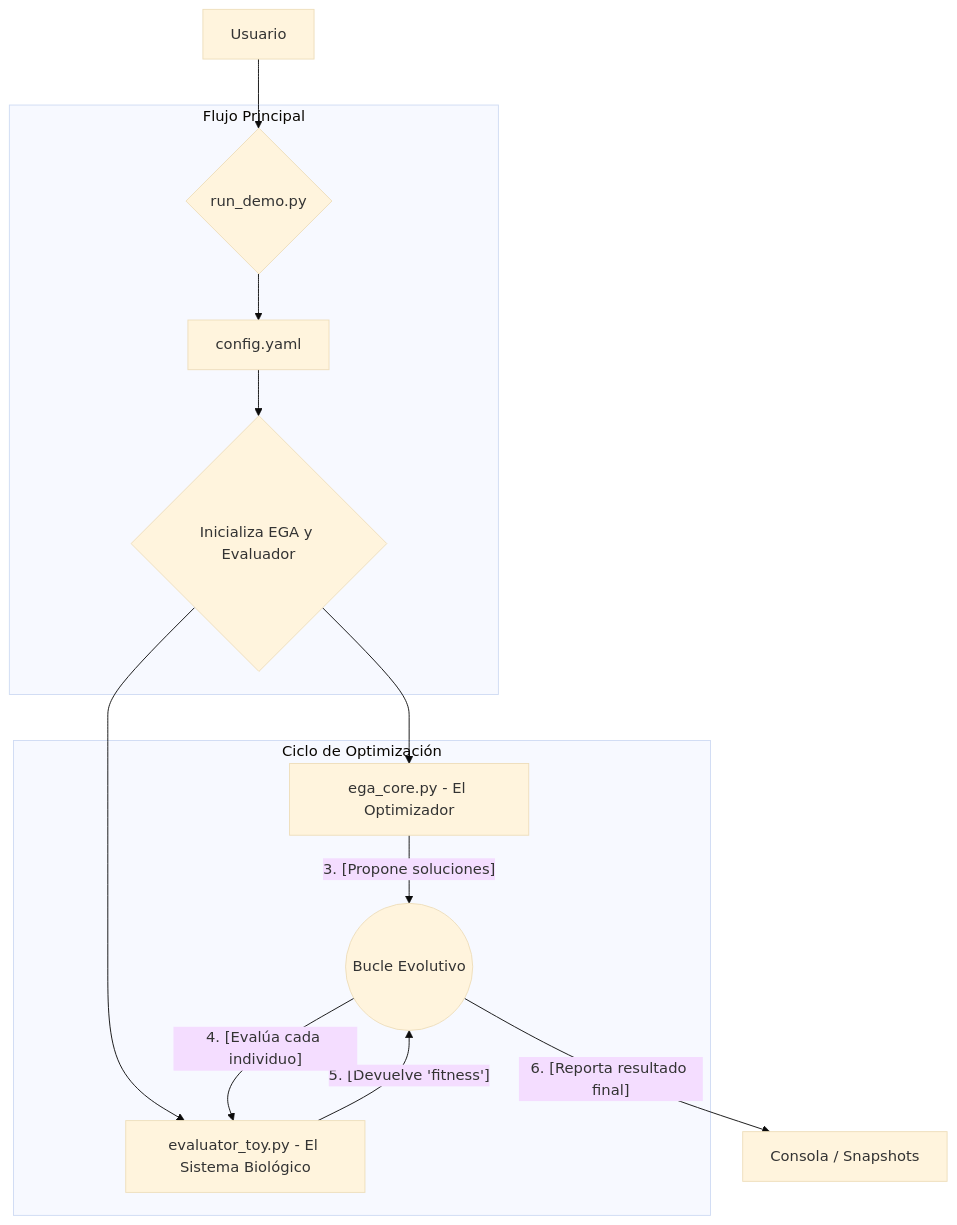
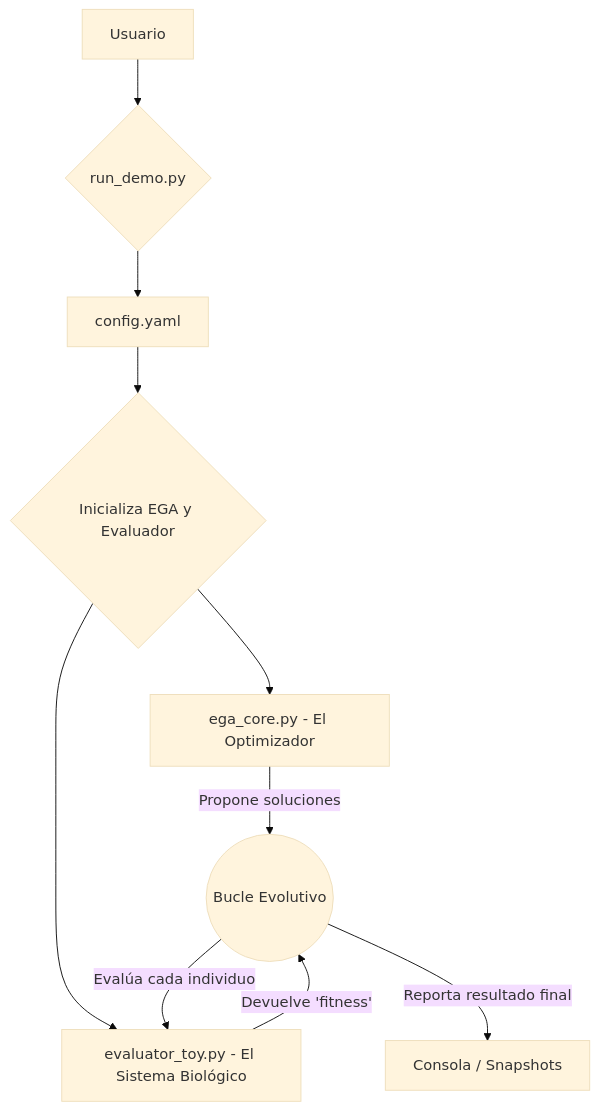
The diagram in demo/Análisis.md (facumrb/EGA-Refactor), drawn with Mermaid (base theme) before and after one commit.

````diff
--- a/demo/Análisis.md
+++ b/demo/Análisis.md
@@ -7,24 +7,12 @@
 ```mermaid
 graph TD
     A[Usuario] --> B{run_demo.py};
     B --> C[config.yaml];
     C --> D{Inicializa EGA y Evaluador};
     D --> E[ega_core.py - El Optimizador];
     D --> F[evaluator_toy.py - El Sistema Biológico];
-    E -- 3. [Propone soluciones] --> G((Bucle Evolutivo));
-    F -- 5. [Devuelve 'fitness'] --> G;
-    G -- 4. [Evalúa cada individuo] --> F;
-    G -- 6. [Reporta resultado final] --> H[Consola / Snapshots];
-
-    subgraph "Flujo Principal"
-        B
-        C
-        D
-    end
-
-    subgraph "Ciclo de Optimización"
-        E
-        F
-        G
-    end
+    E -- Propone soluciones --> G((Bucle Evolutivo));
+    F -- Devuelve 'fitness' --> G;
+    G -- Evalúa cada individuo --> F;
+    G -- Reporta resultado final --> H[Consola / Snapshots];
 ```
````
